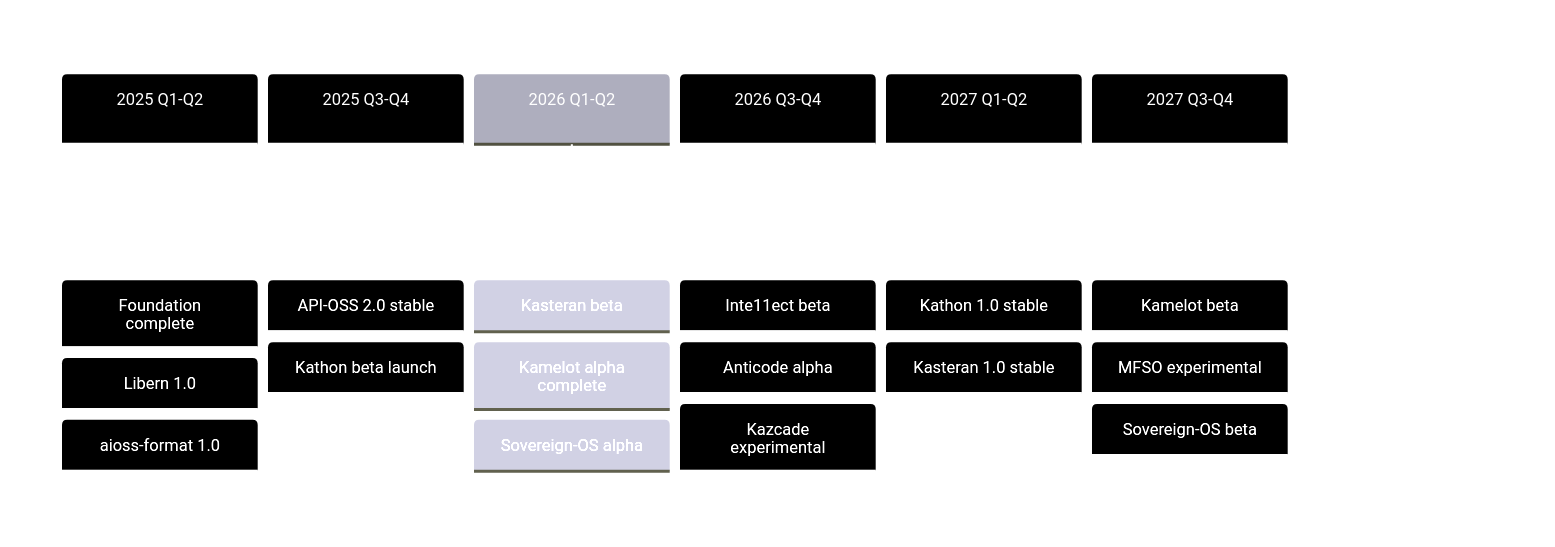
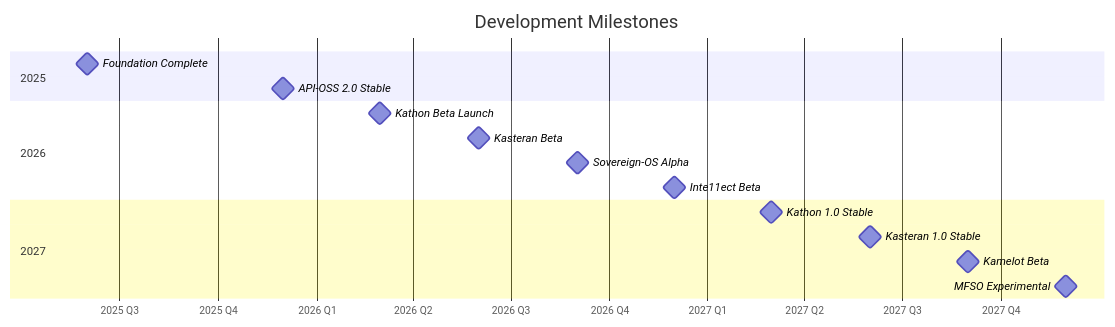
One commit to kleinnner/Anticloud changed the second of 3 diagrams in wiki-content/Roadmap.md. Above: the diagram before and after it, drawn with Mermaid. The commit also changed other lines of this file and 23 other files, not shown here.

Commit message:
fix(wiki): strip Mermaid init directives, use compat syntax for GH Wiki renderer

````diff
--- a/wiki-content/Roadmap.md
+++ b/wiki-content/Roadmap.md
@@ -48,11 +47,22 @@
 ```mermaid
-%%{init: { 'theme': 'base', 'themeVariables': { 'primaryColor': '#1d1d1f', 'primaryTextColor': '#fff', 'primaryBorderColor': '#333', 'lineColor': '#0071e3', 'tertiaryColor': '#f5f5f7' } }}%%
-timeline
+gantt
     title Development Milestones
-    2025 Q1-Q2 : Foundation complete : Libern 1.0 : aioss-format 1.0
-    2025 Q3-Q4 : API-OSS 2.0 stable : Kathon beta launch
-    2026 Q1-Q2 : Kasteran beta : Kamelot alpha complete : Sovereign-OS alpha
-    2026 Q3-Q4 : Inte11ect beta : Anticode alpha : Kazcade experimental
-    2027 Q1-Q2 : Kathon 1.0 stable : Kasteran 1.0 stable
-    2027 Q3-Q4 : Kamelot beta : MFSO experimental : Sovereign-OS beta
+    dateFormat  YYYY-MM
+    axisFormat  %Y Q%q
+
+    section 2025
+    Foundation Complete     :milestone, m1, 2025-06, 0d
+    API-OSS 2.0 Stable      :milestone, m2, 2025-12, 0d
+
+    section 2026
+    Kathon Beta Launch      :milestone, m3, 2026-03, 0d
+    Kasteran Beta           :milestone, m4, 2026-06, 0d
+    Sovereign-OS Alpha      :milestone, m5, 2026-09, 0d
+    Inte11ect Beta          :milestone, m6, 2026-12, 0d
+
+    section 2027
+    Kathon 1.0 Stable       :milestone, m7, 2027-03, 0d
+    Kasteran 1.0 Stable     :milestone, m8, 2027-06, 0d
+    Kamelot Beta            :milestone, m9, 2027-09, 0d
+    MFSO Experimental       :milestone, m10, 2027-12, 0d
 ```
````
